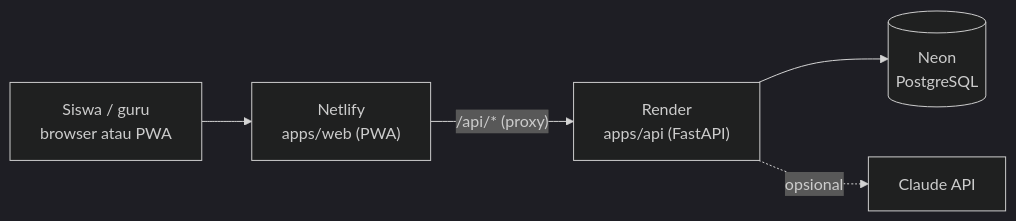
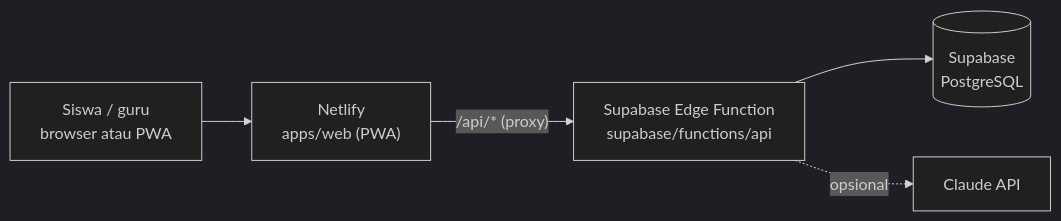
One commit to RikiAgilSaputra/2225250026_Riki_Agil_Saputra changed the diagram in docs/DEPLOYMENT.md. Above: the diagram before and after it, drawn with Mermaid (dark theme). The commit also changed other lines of this file and 54 other files, not shown here.

First line of the commit message:
feat: memindahkan backend dan database ke Supabase (Edge Function TypeScript) dengan frontend di Netlify

````diff
--- a/docs/DEPLOYMENT.md
+++ b/docs/DEPLOYMENT.md
@@ -3,7 +3,7 @@
 ```mermaid
 flowchart LR
     U[Siswa / guru<br/>browser atau PWA] --> N["Netlify<br/>apps/web (PWA)"]
-    N -- "/api/* (proxy)" --> R["Render<br/>apps/api (FastAPI)"]
-    R --> DB[("Neon<br/>PostgreSQL")]
-    R -. opsional .-> C[Claude API]
+    N -- "/api/* (proxy)" --> F["Supabase Edge Function<br/>supabase/functions/api"]
+    F --> DB[("Supabase<br/>PostgreSQL")]
+    F -. opsional .-> C[Claude API]
 ```
````
